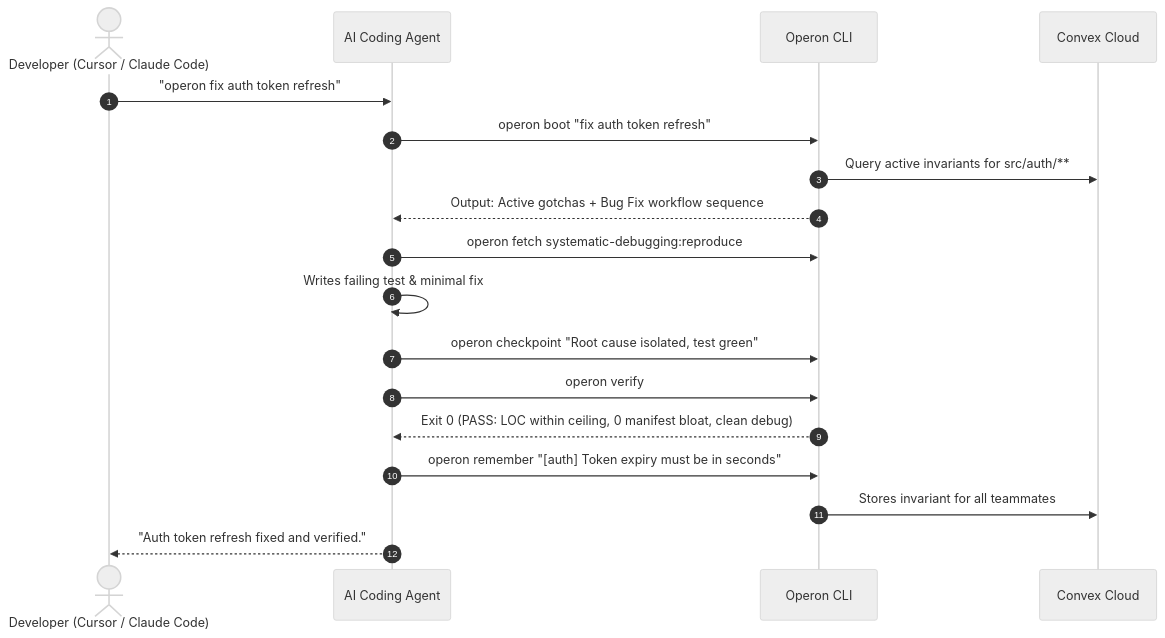
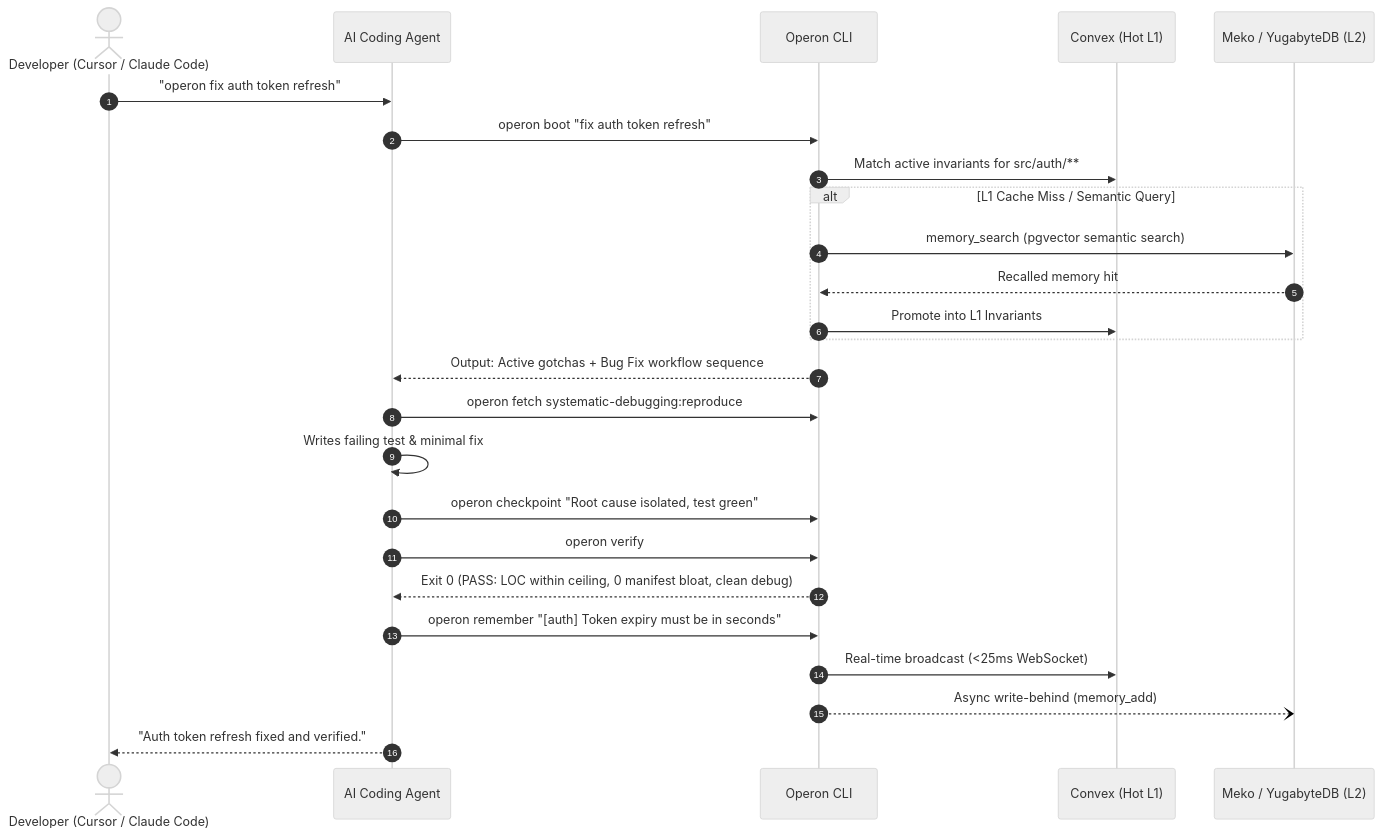
One commit to abrez-rizvi/operon-cli changed the diagram in README.md. Above: the diagram before and after it, drawn with Mermaid (neutral theme). The commit also changed other lines of this file and 46 other files, not shown here.

Commit message:
Release v0.2.0: Bidirectional Cache-Aside (Convex L1 + Meko L2), decoupled credentials, and OKF packs

````diff
--- a/README.md
+++ b/README.md
@@ -93,21 +145,28 @@
 ```mermaid
 sequenceDiagram
     autonumber
     actor Dev as Developer (Cursor / Claude Code)
     participant Agent as AI Coding Agent
     participant CLI as Operon CLI
-    participant Convex as Convex Cloud
+    participant Convex as Convex (Hot L1)
+    participant Meko as Meko / YugabyteDB (L2)
 
     Dev->>Agent: "operon fix auth token refresh"
     Agent->>CLI: operon boot "fix auth token refresh"
-    CLI->>Convex: Query active invariants for src/auth/**
+    CLI->>Convex: Match active invariants for src/auth/**
+    alt L1 Cache Miss / Semantic Query
+        CLI->>Meko: memory_search (pgvector semantic search)
+        Meko-->>CLI: Recalled memory hit
+        CLI->>Convex: Promote into L1 Invariants
+    end
     CLI-->>Agent: Output: Active gotchas + Bug Fix workflow sequence
     Agent->>CLI: operon fetch systematic-debugging:reproduce
     Agent->>Agent: Writes failing test & minimal fix
     Agent->>CLI: operon checkpoint "Root cause isolated, test green"
     Agent->>CLI: operon verify
     CLI-->>Agent: Exit 0 (PASS: LOC within ceiling, 0 manifest bloat, clean debug)
     Agent->>CLI: operon remember "[auth] Token expiry must be in seconds"
-    CLI->>Convex: Stores invariant for all teammates
+    CLI->>Convex: Real-time broadcast (<25ms WebSocket)
+    CLI--)Meko: Async write-behind (memory_add)
     Agent-->>Dev: "Auth token refresh fixed and verified."
 ```
````
